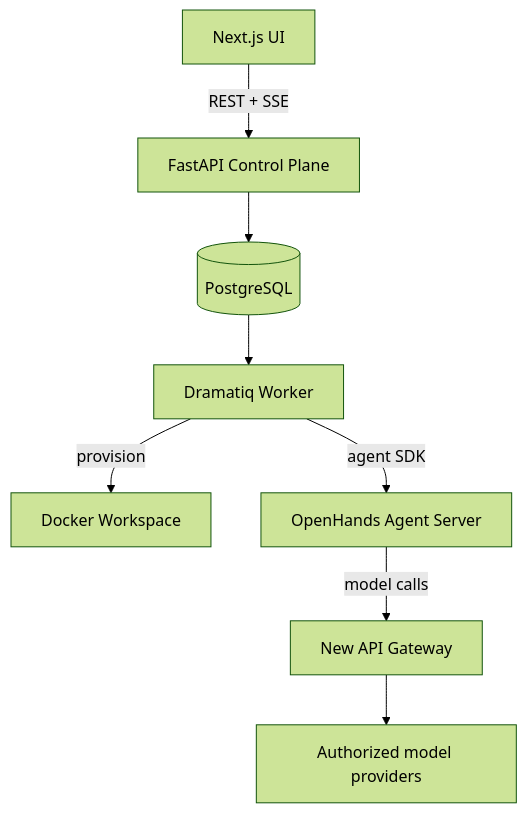
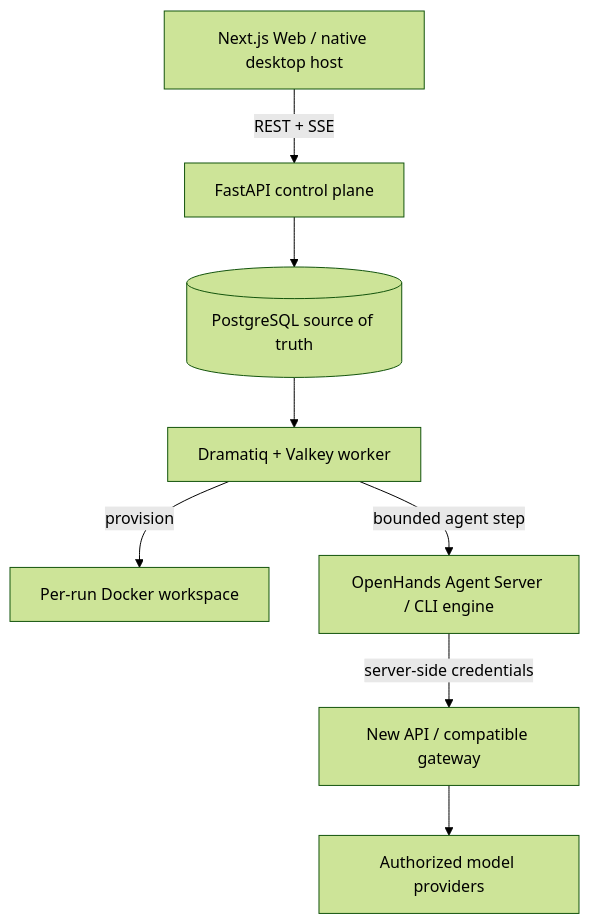
The diagram in README.md (bei666qi-pan/BudgetLoop), drawn with Mermaid (forest theme) before and after one commit. The commit also changed other lines of this file and 25 other files, not shown here.

````diff
--- a/README.md
+++ b/README.md
@@ -77,10 +115,10 @@
 ```mermaid
 graph TD
-    UI[Next.js UI] -->|REST + SSE| CP[FastAPI Control Plane]
-    CP --> PG[(PostgreSQL)]
-    PG --> WK[Dramatiq Worker]
-    WK -->|provision| WS[Docker Workspace]
-    WK -->|agent SDK| AS[OpenHands Agent Server]
-    AS -->|model calls| GW[New API Gateway]
-    GW --> LLM[Authorized model providers]
+    UI["Next.js Web / native desktop host"] -->|"REST + SSE"| CP["FastAPI control plane"]
+    CP --> PG[("PostgreSQL source of truth")]
+    PG --> WK["Dramatiq + Valkey worker"]
+    WK -->|"provision"| WS["Per-run Docker workspace"]
+    WK -->|"bounded agent step"| AS["OpenHands Agent Server / CLI engine"]
+    AS -->|"server-side credentials"| GW["New API / compatible gateway"]
+    GW --> LLM["Authorized model providers"]
 ```
````
